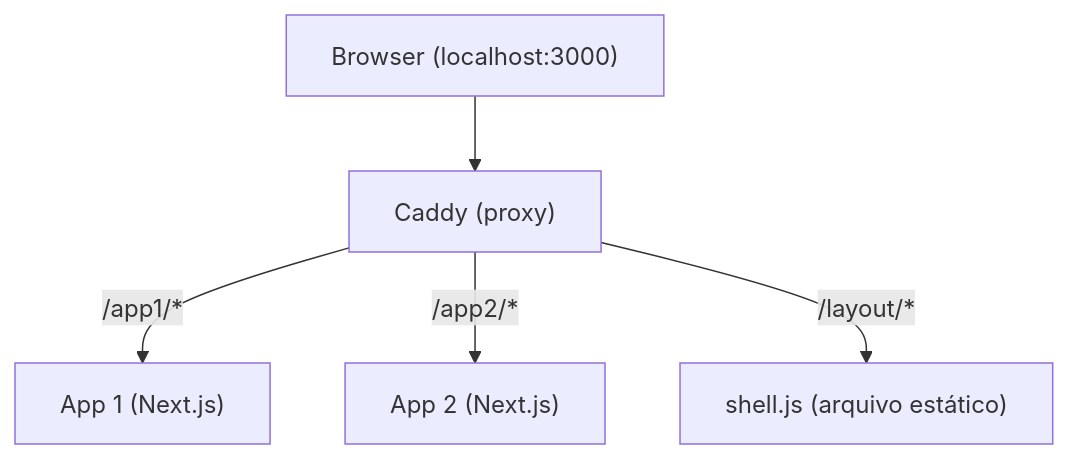
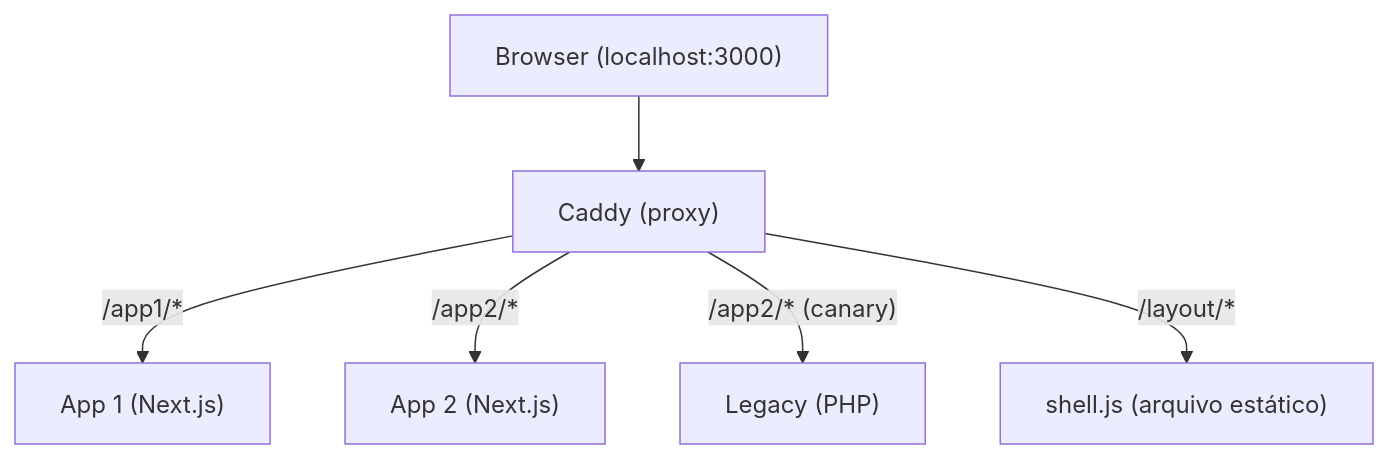
The diagram in README.md (xico42/demo-microfrontends), drawn with Mermaid before and after one commit. The commit also changed other lines of this file and 10 other files, not shown here.

````diff
--- a/README.md
+++ b/README.md
@@ -9,13 +9,15 @@
 ```mermaid
 graph TD
     Browser["Browser (localhost:3000)"]
     Caddy["Caddy (proxy)"]
     App1["App 1 (Next.js)"]
     App2["App 2 (Next.js)"]
+    Legacy["Legacy (PHP)"]
     Shell["shell.js (arquivo estático)"]
 
     Browser --> Caddy
     Caddy -- "/app1/*" --> App1
     Caddy -- "/app2/*" --> App2
+    Caddy -- "/app2/* (canary)" --> Legacy
     Caddy -- "/layout/*" --> Shell
 ```
````
